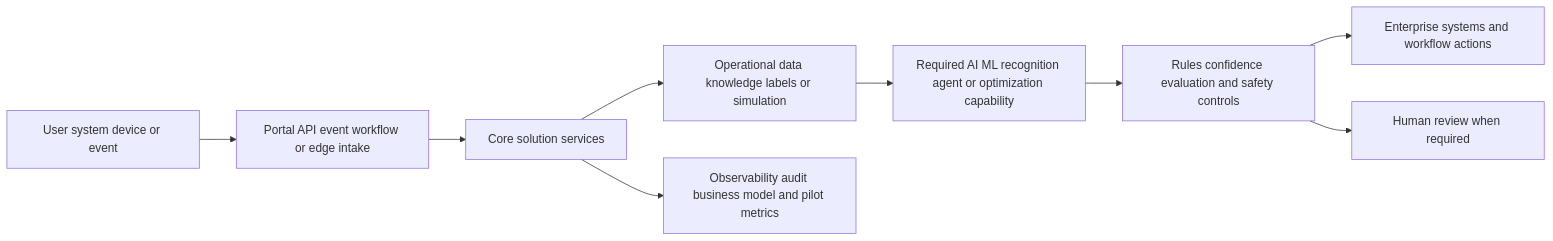
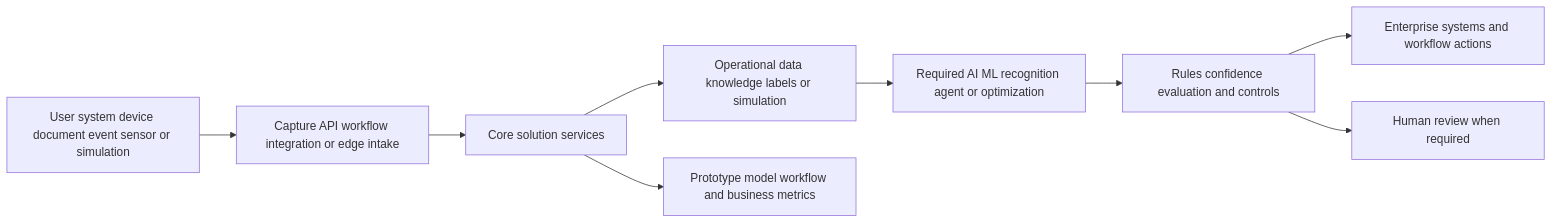
The second of 2 diagrams in docs/opportunities/opportunity-template.md (wildersa/azure_ref_kit), drawn with Mermaid before and after one commit. The commit also changed other lines of this file, not shown here.

Commit message:
docs: make opportunity template prototype-first

````diff
--- a/docs/opportunities/opportunity-template.md
+++ b/docs/opportunities/opportunity-template.md
@@ -151,11 +142,11 @@
 ```mermaid
 flowchart LR
-  User[User system device or event] --> Entry[Portal API event workflow or edge intake]
-  Entry --> Core[Core solution services]
+  Input[User system device document event sensor or simulation] --> Intake[Capture API workflow integration or edge intake]
+  Intake --> Core[Core solution services]
   Core --> Data[Operational data knowledge labels or simulation]
-  Data --> Intelligence[Required AI ML recognition agent or optimization capability]
-  Intelligence --> Validation[Rules confidence evaluation and safety controls]
+  Data --> Intelligence[Required AI ML recognition agent or optimization]
+  Intelligence --> Validation[Rules confidence evaluation and controls]
   Validation --> Integration[Enterprise systems and workflow actions]
   Validation --> Human[Human review when required]
-  Core --> Audit[Observability audit business model and pilot metrics]
+  Core --> Metrics[Prototype model workflow and business metrics]
 ```
````
